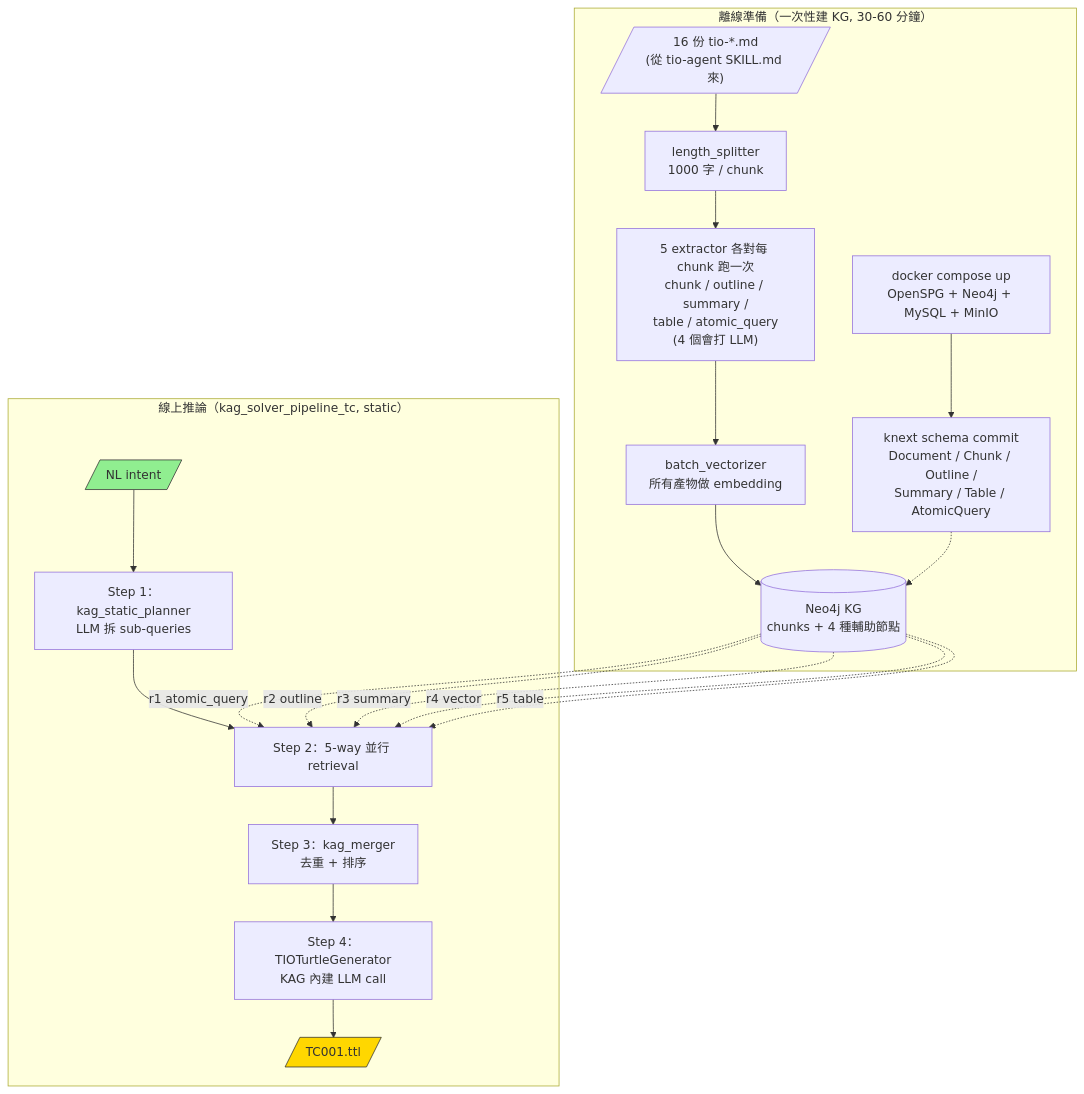
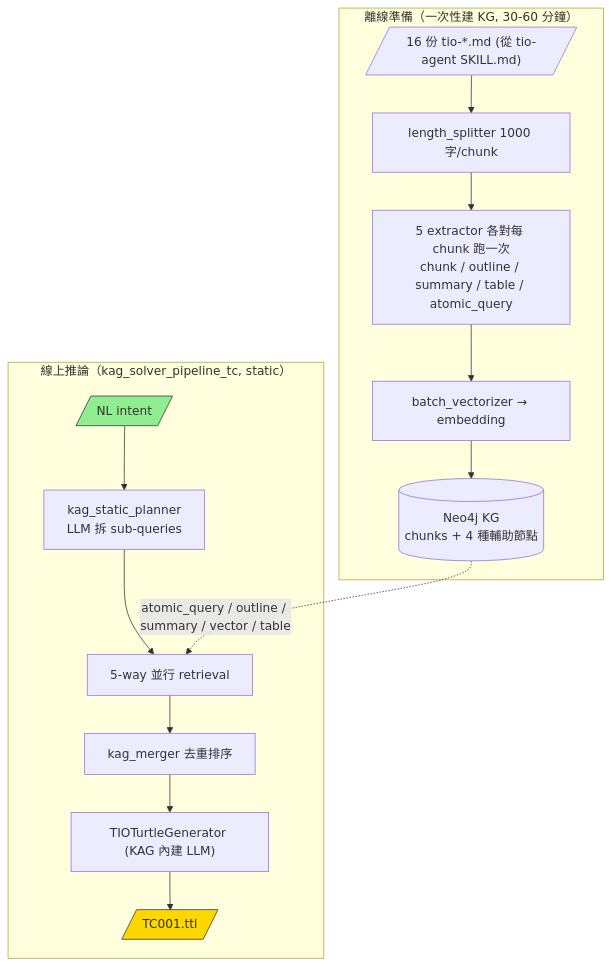
One commit to grantyehh/NL_Translate_TIO changed the third of 3 diagrams in mechanism.md. Above: the diagram before and after it, drawn with Mermaid. The commit also changed other lines of this file, not shown here.

First line of the commit message:
docs(mechanism): rewrite to Architecture 5 (domain-graph GraphRAG + canonical KGE)

````diff
--- a/mechanism.md
+++ b/mechanism.md
@@ -484,31 +247,22 @@
 ```mermaid
 flowchart TD
     subgraph Offline["離線準備（一次性建 KG, 30-60 分鐘）"]
-        Docker["docker compose up<br/>OpenSPG + Neo4j + MySQL + MinIO"]
-        Docker --> Schema["knext schema commit<br/>Document / Chunk / Outline /<br/>Summary / Table / AtomicQuery"]
-        Corpus[/"16 份 tio-*.md<br/>(從 tio-agent SKILL.md 來)"/]
-        Corpus --> Split["length_splitter<br/>1000 字 / chunk"]
-        Split --> Ext["5 extractor 各對每 chunk 跑一次<br/>chunk / outline / summary /<br/>table / atomic_query<br/>(4 個會打 LLM)"]
-        Ext --> Vec["batch_vectorizer<br/>所有產物做 embedding"]
+        Corpus[/"16 份 tio-*.md (從 tio-agent SKILL.md)"/] --> Split["length_splitter 1000 字/chunk"]
+        Split --> Ext["5 extractor 各對每 chunk 跑一次<br/>chunk / outline / summary / table / atomic_query"]
+        Ext --> Vec["batch_vectorizer → embedding"]
         Vec --> Neo4j[("Neo4j KG<br/>chunks + 4 種輔助節點")]
-        Schema -.-> Neo4j
     end
 
     subgraph Online["線上推論（kag_solver_pipeline_tc, static）"]
-        NL[/"NL intent"/]
-        NL --> Plan["Step 1：kag_static_planner<br/>LLM 拆 sub-queries"]
-        Plan --> R5["Step 2：5-way 並行 retrieval"]
-        R5 --> Merger["Step 3：kag_merger<br/>去重 + 排序"]
-        Merger --> Gen["Step 4：TIOTurtleGenerator<br/>KAG 內建 LLM call"]
+        NL[/"NL intent"/] --> Plan["kag_static_planner<br/>LLM 拆 sub-queries"]
+        Plan --> R5["5-way 並行 retrieval"]
+        R5 --> Merger["kag_merger 去重排序"]
+        Merger --> Gen["TIOTurtleGenerator (KAG 內建 LLM)"]
         Gen --> Out[/"TC001.ttl"/]
     end
 
-    Neo4j -. r1 atomic_query .-> R5
-    Neo4j -. r2 outline .-> R5
-    Neo4j -. r3 summary .-> R5
-    Neo4j -. r4 vector .-> R5
-    Neo4j -. r5 table .-> R5
+    Neo4j -. atomic_query / outline / summary / vector / table .-> R5
 
     style NL fill:#90EE90,stroke:#333
     style Out fill:#FFD700,stroke:#333
 ```
````
